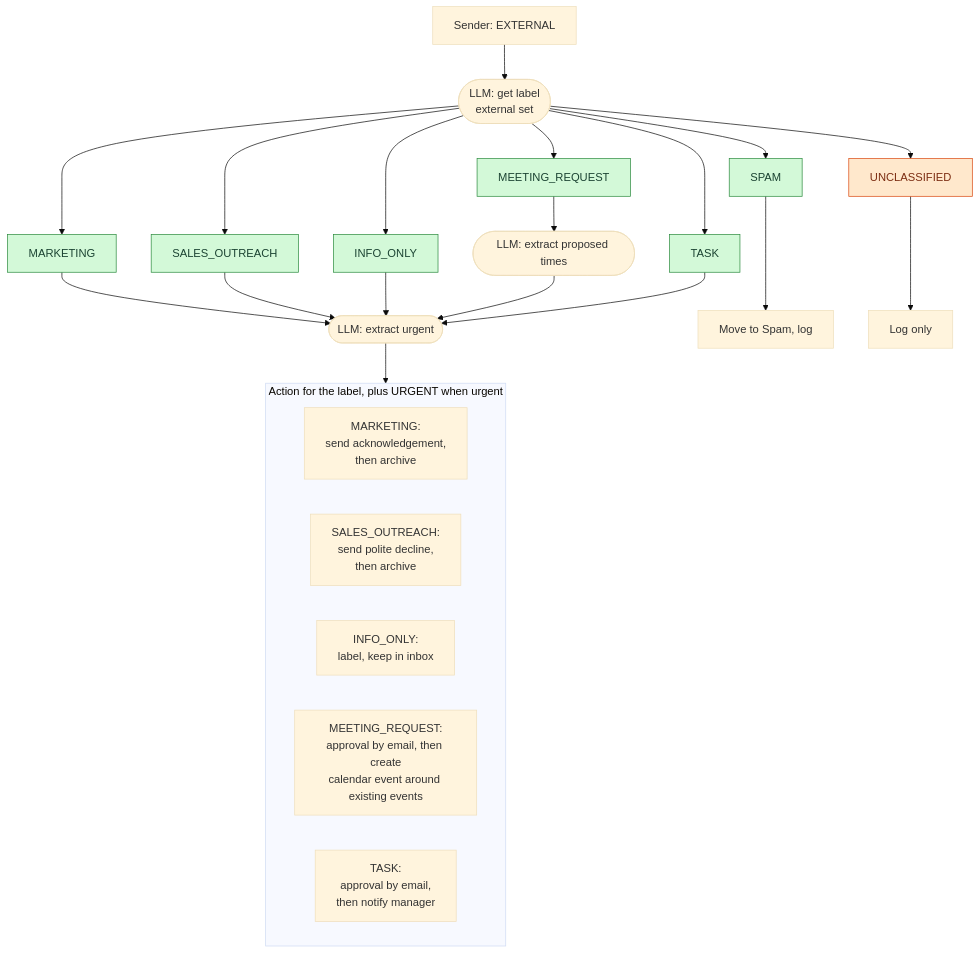
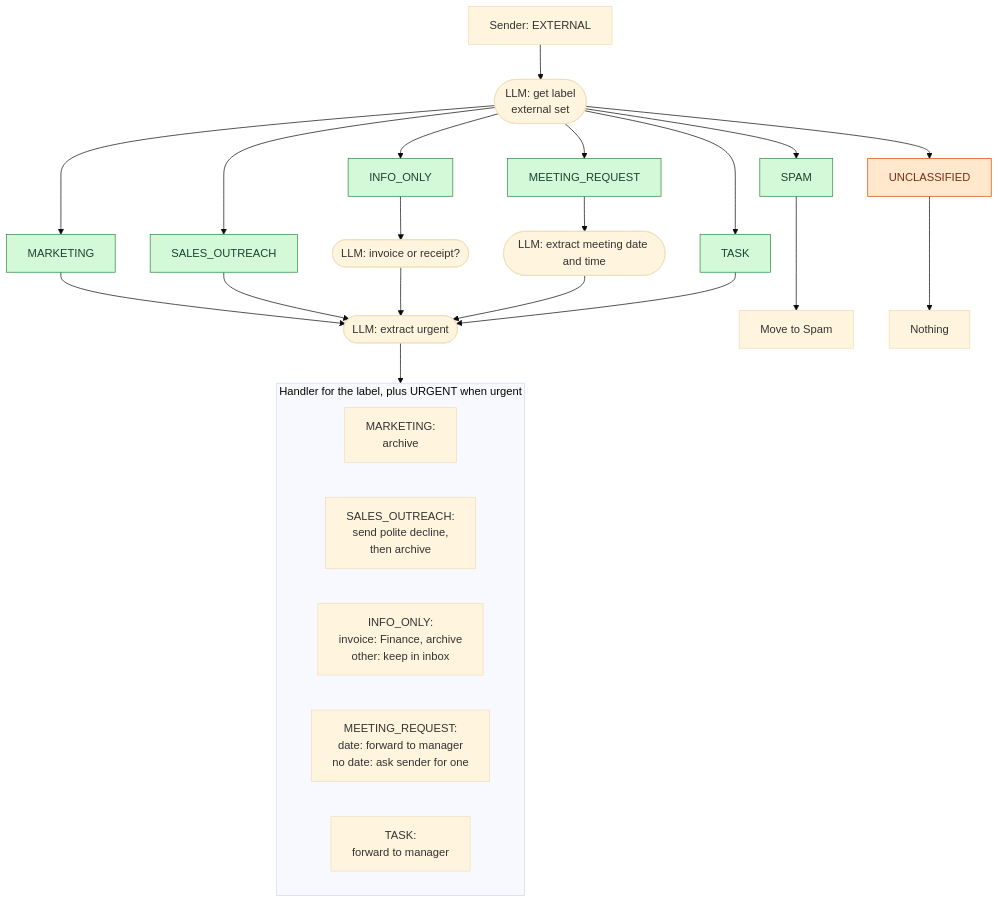
The first of 2 diagrams in docs/classify-tree.md (andreicaminschi/ai-email-assistant), drawn with Mermaid (base theme) before and after one commit. The commit also changed other lines of this file and 41 other files, not shown here.

First line of the commit message:
docs: simplify flows to per-pair handlers and yes/no approval

````diff
--- a/docs/classify-tree.md
+++ b/docs/classify-tree.md
@@ -15,35 +37,36 @@
 ```mermaid
 flowchart TD
     A[Sender: EXTERNAL] --> EL([LLM: get label<br/>external set])
 
     %% Longer ---> arrows keep every label on one row
     EL --> E_MKT[MARKETING]:::tag
     EL --> E_SO[SALES_OUTREACH]:::tag
     EL --> E_INF[INFO_ONLY]:::tag
     EL --> E_SPM[SPAM]:::tag
     EL --> E_MTG[MEETING_REQUEST]:::tag
     EL --> E_TSK[TASK]:::tag
     EL --> E_UNC[UNCLASSIFIED]:::unclassified
 
-    E_MTG --> ET([LLM: extract proposed times])
+    E_MTG --> ET([LLM: extract meeting date and time])
+    E_INF --> EI([LLM: invoice or receipt?])
     E_MKT --> EU([LLM: extract urgent])
     E_SO --> EU
-    E_INF --> EU
+    EI --> EU
     ET --> EU
     E_TSK --> EU
 
-    subgraph MAP["Action for the label, plus URGENT when urgent"]
-        X_MKT[MARKETING:<br/>send acknowledgement,<br/>then archive]
+    subgraph MAP["Handler for the label, plus URGENT when urgent"]
+        X_MKT[MARKETING:<br/>archive]
         X_SO[SALES_OUTREACH:<br/>send polite decline,<br/>then archive]
-        X_INF[INFO_ONLY:<br/>label, keep in inbox]
-        X_MTG[MEETING_REQUEST:<br/>approval by email, then create<br/>calendar event around existing events]
-        X_TSK[TASK:<br/>approval by email,<br/>then notify manager]
+        X_INF[INFO_ONLY:<br/>invoice: Finance, archive<br/>other: keep in inbox]
+        X_MTG[MEETING_REQUEST:<br/>date: forward to manager<br/>no date: ask sender for one]
+        X_TSK[TASK:<br/>forward to manager]
     end
 
     EU --> MAP
-    E_SPM ---> X_SPM[Move to Spam, log]
-    E_UNC ---> X_ULOG[Log only]
+    E_SPM ---> X_SPM[Move to Spam]
+    E_UNC ---> X_UNC[Nothing]
 
     classDef tag fill:#d3f9d8,stroke:#2b8a3e,color:#1b4332
     classDef unclassified fill:#ffe8cc,stroke:#d9480f,color:#7c2d12
 ```
````
